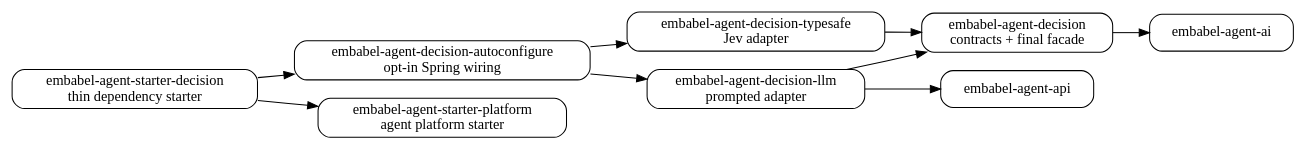
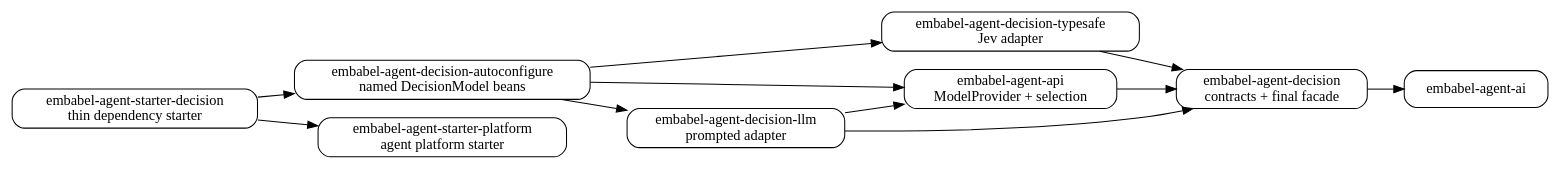
One commit to embabel/embabel-agent changed the diagram in embabel-agent-docs/src/main/asciidoc/reference/diagrams/decision-modules.dot. Above: the diagram before and after it, drawn with Graphviz. The commit also changed 10 other files, not shown here.

```diff
--- a/embabel-agent-docs/src/main/asciidoc/reference/diagrams/decision-modules.dot
+++ b/embabel-agent-docs/src/main/asciidoc/reference/diagrams/decision-modules.dot
@@ -1,20 +1,22 @@
 digraph DecisionModules {
   rankdir=LR;
   node [shape=box, style="rounded"];
   ai [label="embabel-agent-ai"];
-  api [label="embabel-agent-api"];
+  api [label="embabel-agent-api\nModelProvider + selection"];
   core [label="embabel-agent-decision\ncontracts + final facade"];
   jev [label="embabel-agent-decision-typesafe\nJev adapter"];
   llm [label="embabel-agent-decision-llm\nprompted adapter"];
-  auto [label="embabel-agent-decision-autoconfigure\nopt-in Spring wiring"];
+  auto [label="embabel-agent-decision-autoconfigure\nnamed DecisionModel beans"];
   starter [label="embabel-agent-starter-decision\nthin dependency starter"];
   platform [label="embabel-agent-starter-platform\nagent platform starter"];
   core -> ai;
+  api -> core;
   jev -> core;
   llm -> core;
   llm -> api;
   auto -> jev;
   auto -> llm;
+  auto -> api;
   starter -> auto;
   starter -> platform;
 }
```
